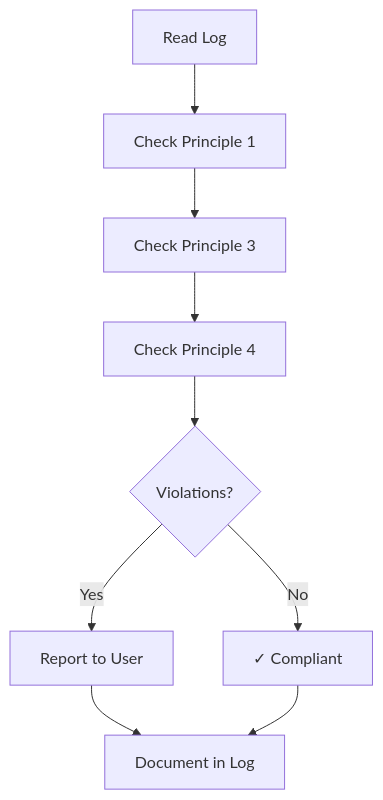
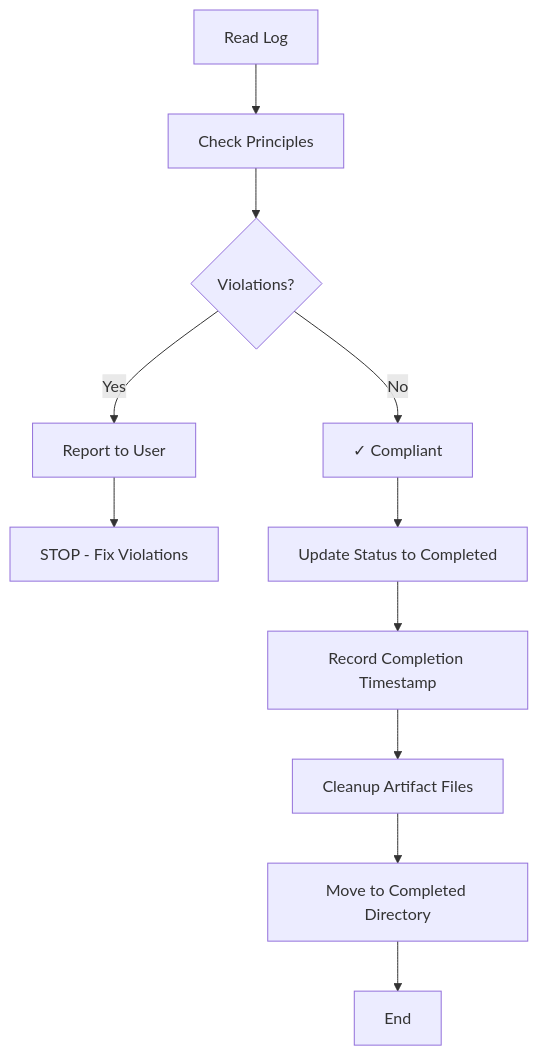
The diagram in .processes/steps/common/end-process-validation/end-process-validation.md (HMTools/agentic-processes), drawn with Mermaid before and after one commit. The commit also changed other lines of this file and 44 other files, not shown here.

First line of the commit message:
Enhances process completion and JSON schema handling

````diff
--- a/.processes/steps/common/end-process-validation/end-process-validation.md
+++ b/.processes/steps/common/end-process-validation/end-process-validation.md
@@ -37,11 +50,13 @@
 ```mermaid
 flowchart TD
-    A[Read Log] --> B[Check Principle 1]
-    B --> C[Check Principle 3]
-    C --> D[Check Principle 4]
-    D --> E{Violations?}
-    E -->|Yes| F[Report to User]
-    E -->|No| G[✓ Compliant]
-    F --> H[Document in Log]
-    G --> H
+    A[Read Log] --> B[Check Principles]
+    B --> C{Violations?}
+    C -->|Yes| D[Report to User]
+    C -->|No| E[✓ Compliant]
+    D --> F[STOP - Fix Violations]
+    E --> G[Update Status to Completed]
+    G --> H[Record Completion Timestamp]
+    H --> I[Cleanup Artifact Files]
+    I --> J[Move to Completed Directory]
+    J --> K[End]
 ```
````
